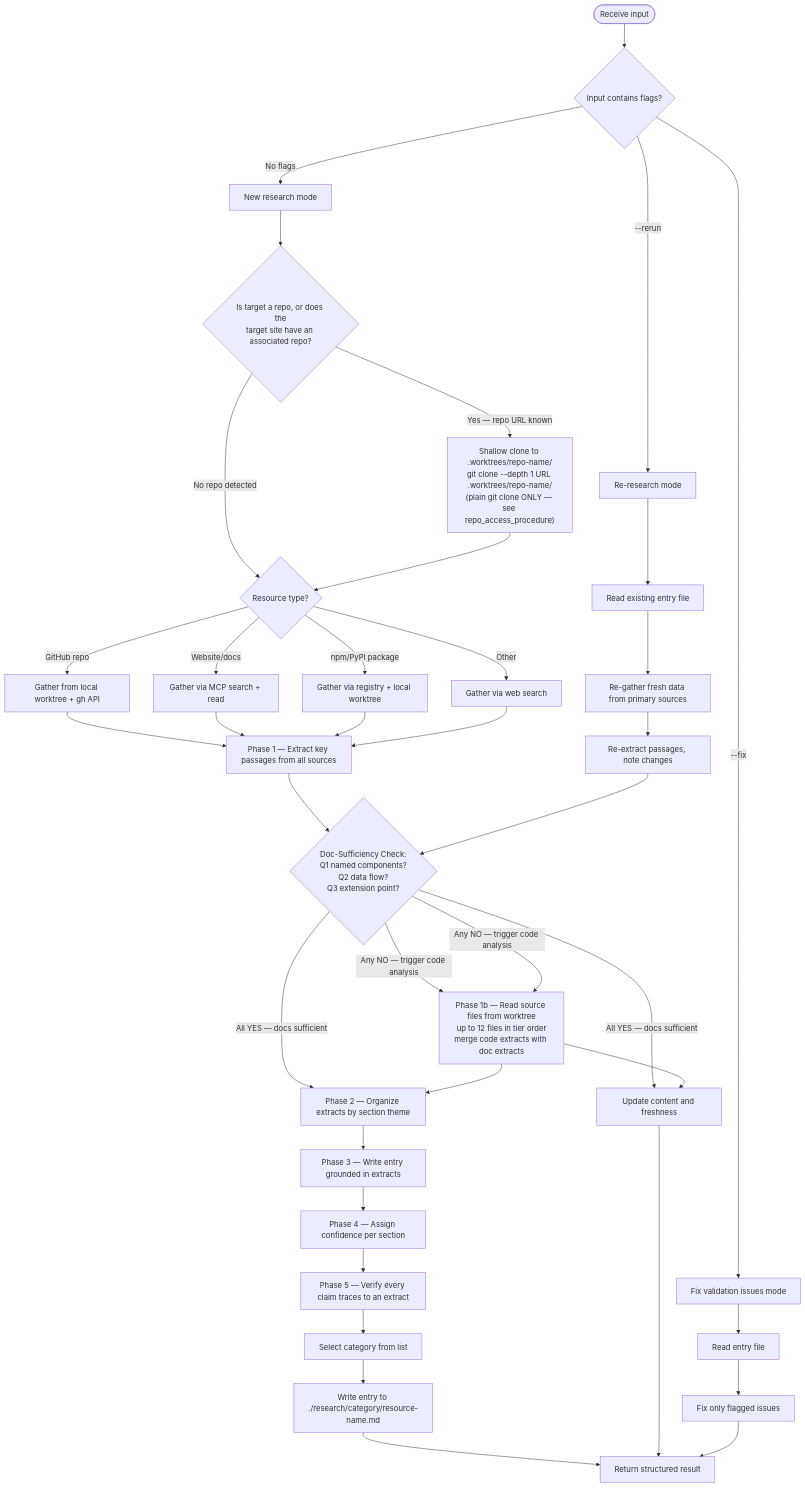
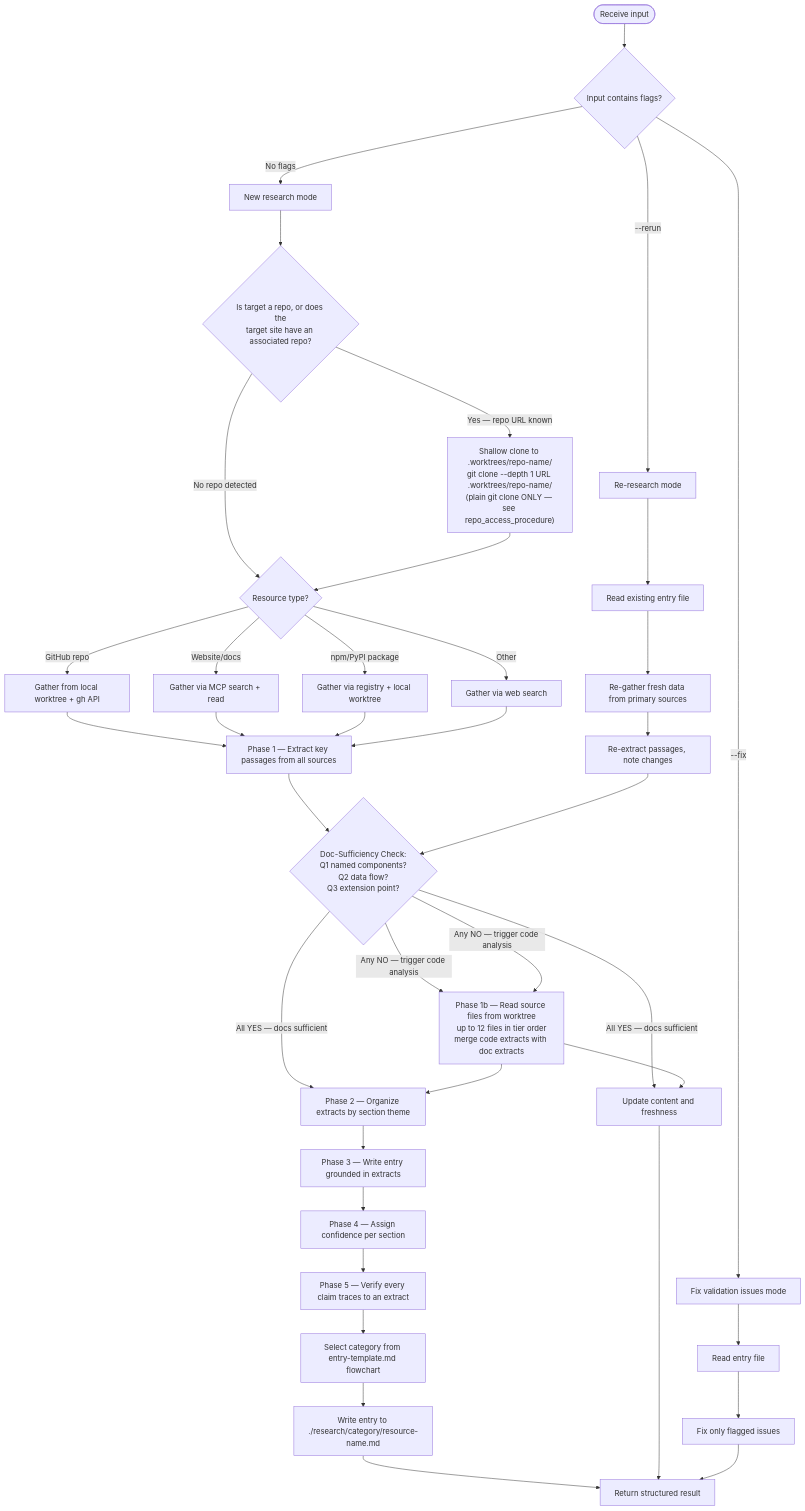
Before and after one commit to Jamie-BitFlight/claude_skills: the first of 2 diagrams in .claude/agents/research-curator.md, drawn with Mermaid. The commit also changed other lines of this file and 8 other files, not shown here.

````diff
--- a/.claude/agents/research-curator.md
+++ b/.claude/agents/research-curator.md
@@ -22,46 +24,46 @@
 ```mermaid
 flowchart TD
     Start([Receive input]) --> CheckFlags{Input contains flags?}
     CheckFlags -->|--rerun| Rerun[Re-research mode]
     CheckFlags -->|--fix| Fix[Fix validation issues mode]
     CheckFlags -->|No flags| New[New research mode]
 
     New --> DetectRepo{Is target a repo, or does the<br>target site have an associated repo?}
     DetectRepo -->|"Yes — repo URL known"| Clone["Shallow clone to .worktrees/repo-name/<br>git clone --depth 1 URL .worktrees/repo-name/<br>(plain git clone ONLY — see repo_access_procedure)"]
     DetectRepo -->|"No repo detected"| Identify{Resource type?}
     Clone --> Identify{Resource type?}
 
     Identify -->|GitHub repo| GH[Gather from local worktree + gh API]
     Identify -->|Website/docs| Web[Gather via MCP search + read]
     Identify -->|npm/PyPI package| Pkg[Gather via registry + local worktree]
     Identify -->|Other| Other[Gather via web search]
 
     GH --> Extract[Phase 1 — Extract key passages from all sources]
     Web --> Extract
     Pkg --> Extract
     Other --> Extract
 
     Extract --> DocCheck{Doc-Sufficiency Check:<br>Q1 named components?<br>Q2 data flow?<br>Q3 extension point?}
     DocCheck -->|"All YES — docs sufficient"| Organize[Phase 2 — Organize extracts by section theme]
     DocCheck -->|"Any NO — trigger code analysis"| Phase1b[Phase 1b — Read source files from worktree<br>up to 12 files in tier order<br>merge code extracts with doc extracts]
     Phase1b --> Organize
     Organize --> Write[Phase 3 — Write entry grounded in extracts]
     Write --> Confidence[Phase 4 — Assign confidence per section]
     Confidence --> Validate[Phase 5 — Verify every claim traces to an extract]
-    Validate --> SelectCat[Select category from list]
+    Validate --> SelectCat[Select category from entry-template.md flowchart]
     SelectCat --> WriteFile[Write entry to ./research/category/resource-name.md]
     WriteFile --> Return[Return structured result]
 
     Rerun --> ReadExisting[Read existing entry file]
     ReadExisting --> ReGather[Re-gather fresh data from primary sources]
     ReGather --> ReExtract[Re-extract passages, note changes]
     ReExtract --> DocCheck
     DocCheck -->|"All YES — docs sufficient"| UpdateEntry[Update content and freshness]
     DocCheck -->|"Any NO — trigger code analysis"| Phase1b
     Phase1b --> UpdateEntry
     UpdateEntry --> Return
 
     Fix --> ReadEntry[Read entry file]
     ReadEntry --> FixIssues[Fix only flagged issues]
     FixIssues --> Return
 ```
````
